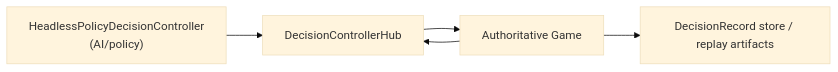
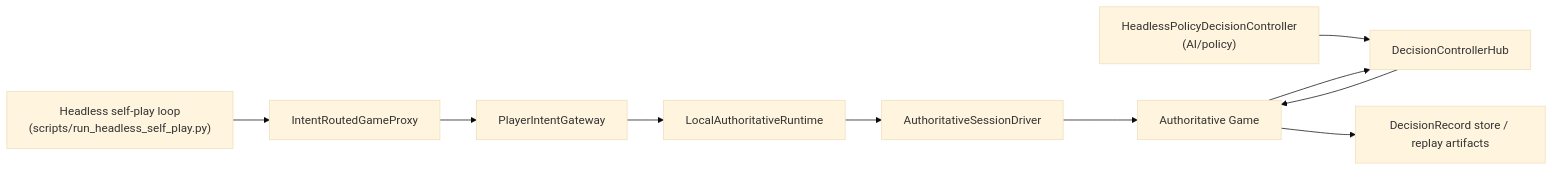
One commit to SobolGaming/Warhammer40k_AI changed the third of 5 diagrams in docs/ARCHITECTURE.md. Above: the diagram before and after it, drawn with Mermaid (base theme). The commit also changed other lines of this file and 19 other files, not shown here.

Commit message:
Unify authoritative runtime paths and add headless network client

````diff
--- a/docs/ARCHITECTURE.md
+++ b/docs/ARCHITECTURE.md
@@ -72,7 +73,12 @@
 ```mermaid
 flowchart LR
+  Loop["Headless self-play loop<br/>(scripts/run_headless_self_play.py)"] --> Proxy["IntentRoutedGameProxy"]
+  Proxy --> Gateway["PlayerIntentGateway"]
+  Gateway --> Runtime["LocalAuthoritativeRuntime"]
+  Runtime --> Driver["AuthoritativeSessionDriver"]
+  Driver --> Game["Authoritative Game"]
   Policy["HeadlessPolicyDecisionController<br/>(AI/policy)"] --> Hub["DecisionControllerHub"]
-  Hub --> Game["Authoritative Game"]
+  Hub --> Game
   Game --> Hub
   Game --> Records["DecisionRecord store / replay artifacts"]
 ```
````
